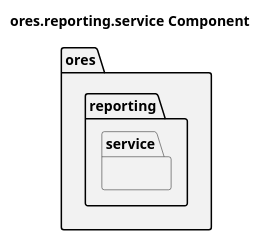
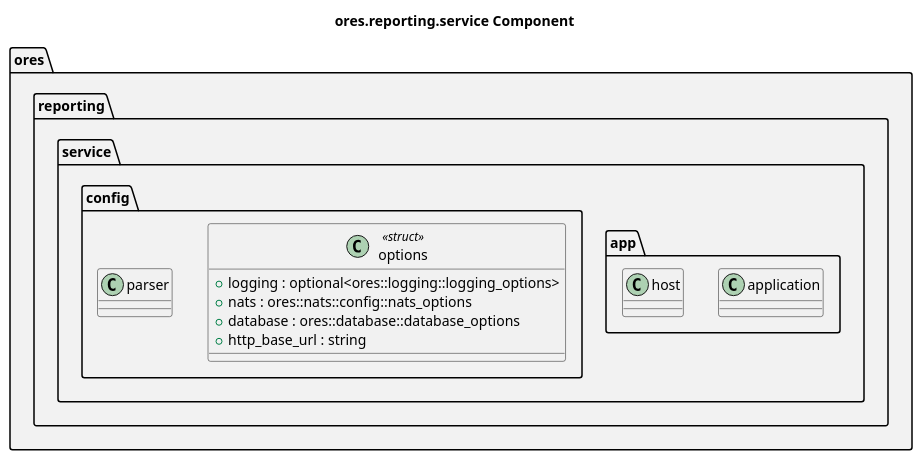
One commit to OreStudio/OreStudio changed the diagram in projects/ores.reporting.service/modeling/ores.reporting.service.puml. Above: the diagram before and after it, drawn with PlantUML. The commit also changed 85 other files, not shown here.

First line of the commit message:
[modeling] Bulk-generate component PlantUML class diagrams

```diff
--- a/projects/ores.reporting.service/modeling/ores.reporting.service.puml
+++ b/projects/ores.reporting.service/modeling/ores.reporting.service.puml
@@ -18,15 +18,35 @@
 @startuml
 
 title ores.reporting.service Component
 
 set namespaceSeparator ::
 
 namespace ores #F2F2F2 {
     namespace reporting #F2F2F2 {
         namespace service #F2F2F2 {
-            ' Types to be added.
+            namespace app #F2F2F2 {
+                class application {
+                }
+                class host {
+                }
+            }
+            namespace config #F2F2F2 {
+                class options <<struct>> {
+                    +logging : optional<ores::logging::logging_options>
+                    +nats : ores::nats::config::nats_options
+                    +database : ores::database::database_options
+                    +http_base_url : string
+                }
+                class parser {
+                }
+            }
         }
     }
 }
 
+' --- manual: everything below this line is hand-authored; the script preserves it ---
+
+' Local Variables:
+' compile-command: "java -Djava.awt.headless=true -DPLANTUML_SECURITY_PROFILE=UNSECURE -DPLANTUML_LIMIT_SIZE=65535 -jar /usr/share/plantuml/plantuml.jar ores.reporting.service.puml"
+' End:
 @enduml
```
